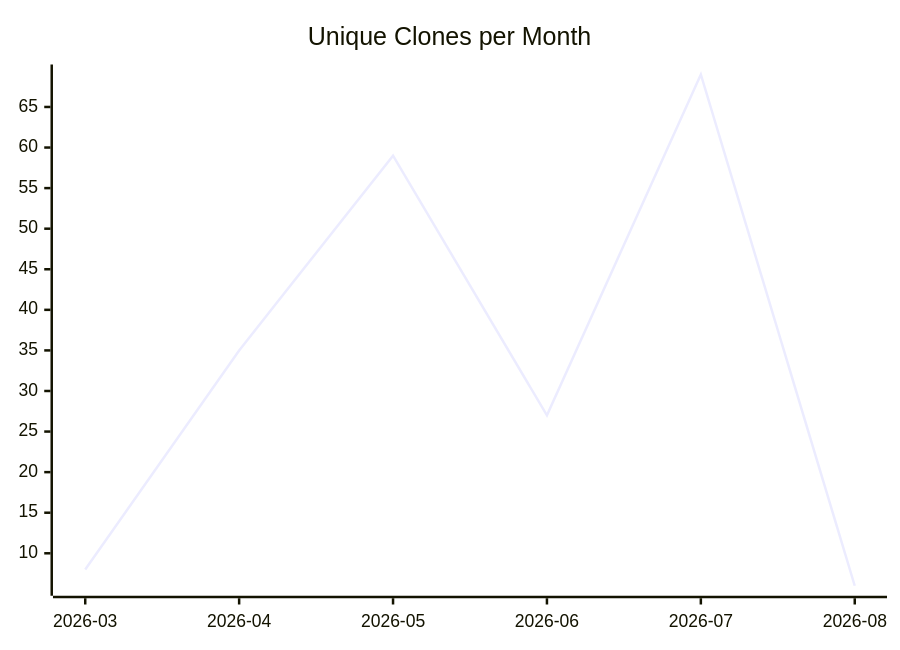
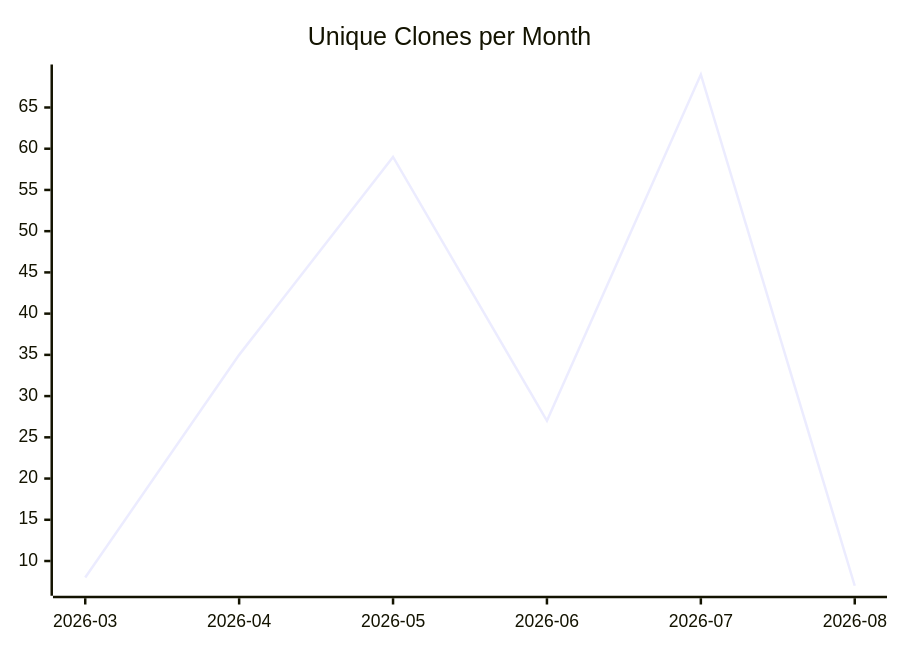
One commit to justdavis-family/github-analytics-data changed the third of 3 diagrams in karlmdavis/fhir-benchmarks/README.md. Above: the diagram before and after it, drawn with Mermaid. The commit also changed other lines of this file and 160 other files, not shown here.

````diff
--- a/karlmdavis/fhir-benchmarks/README.md
+++ b/karlmdavis/fhir-benchmarks/README.md
@@ -19,6 +19,6 @@
 ```mermaid
 xychart-beta
   title "Unique Clones per Month"
   x-axis ["2026-03", "2026-04", "2026-05", "2026-06", "2026-07", "2026-08"]
-  line [8, 35, 59, 27, 69, 6]
+  line [8, 35, 59, 27, 69, 7]
 ```
````
